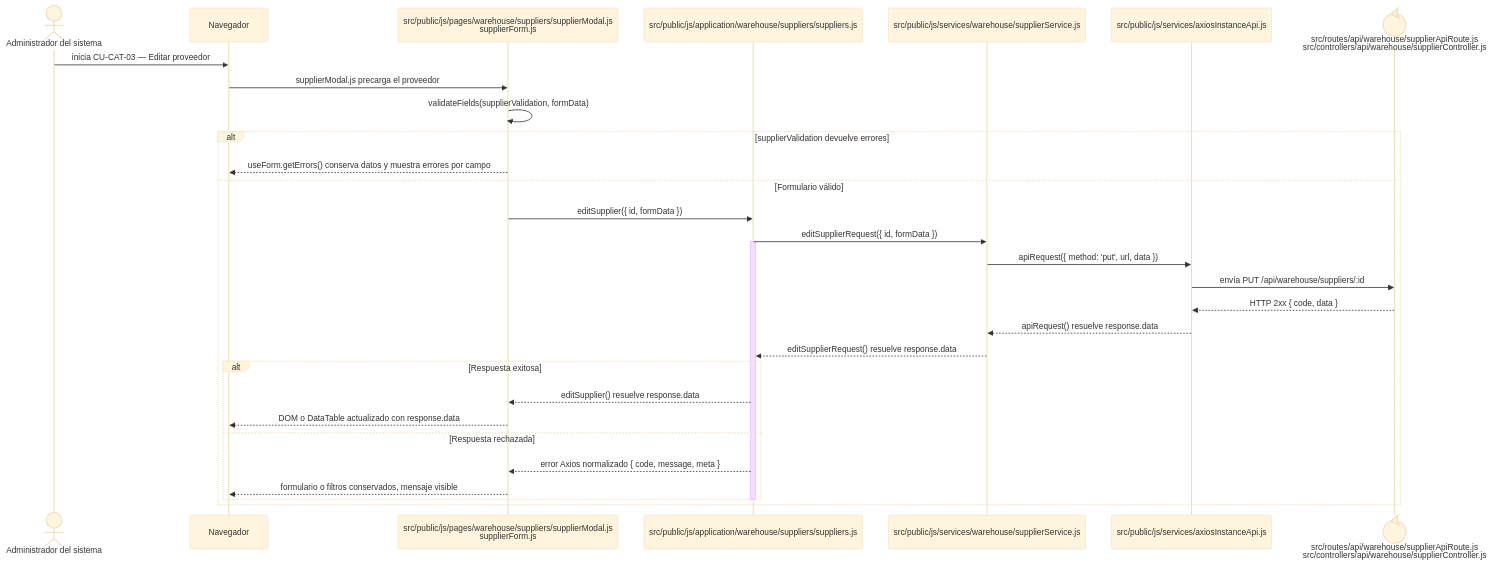
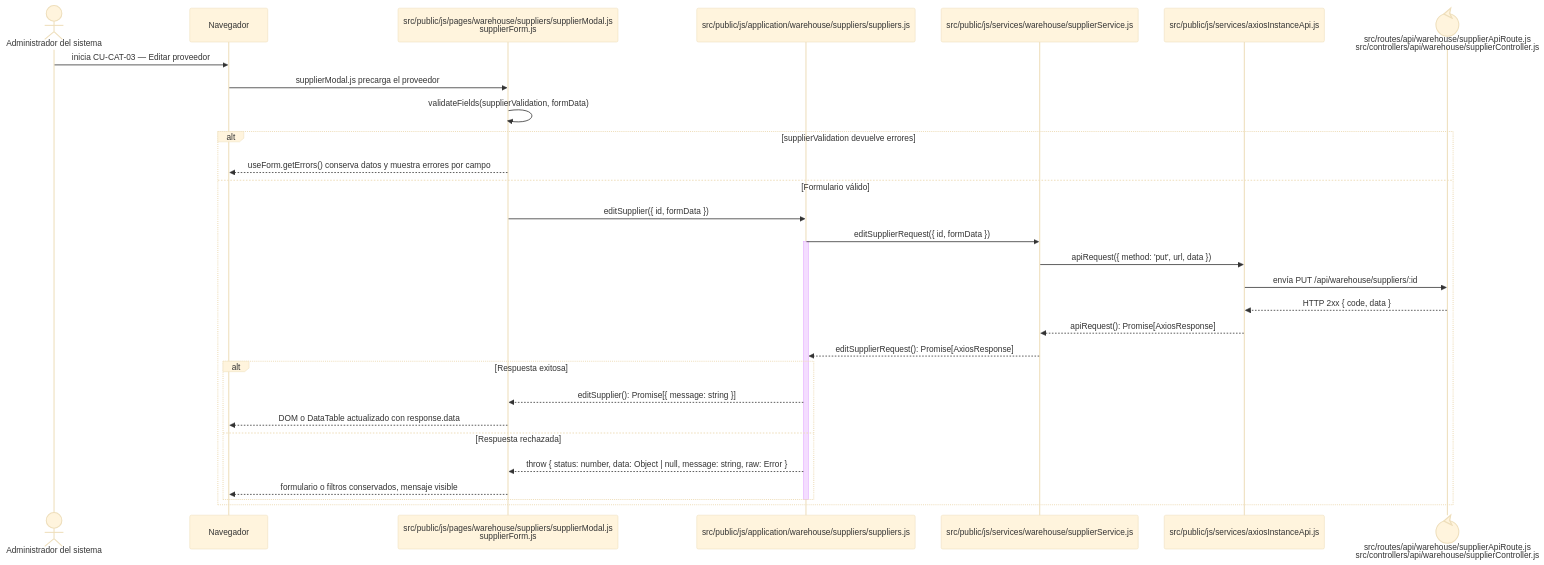
The diagram in docs/architecture/frontend-code-sequences/catalogs/cu-cat-03.md (gpgsistemas01/nexus), drawn with Mermaid (base theme) before and after one commit. The commit also changed 146 other files, not shown here.

````diff
--- a/docs/architecture/frontend-code-sequences/catalogs/cu-cat-03.md
+++ b/docs/architecture/frontend-code-sequences/catalogs/cu-cat-03.md
@@ -6,34 +6,34 @@
 ```mermaid
 sequenceDiagram
     actor Initiator as Administrador del sistema
     participant Browser as Navegador
     participant View as src/public/js/pages/warehouse/suppliers/supplierModal.js<br/>supplierForm.js
     participant Application as src/public/js/application/warehouse/suppliers/suppliers.js
     participant Request as src/public/js/services/warehouse/supplierService.js
     participant HTTP as src/public/js/services/axiosInstanceApi.js
     participant Transport@{ "type": "control" } as src/routes/api/warehouse/supplierApiRoute.js<br/>src/controllers/api/warehouse/supplierController.js
 
     Initiator->>Browser: inicia CU-CAT-03 — Editar proveedor
     Browser->>View: supplierModal.js precarga el proveedor
     View->>View: validateFields(supplierValidation, formData)
     alt supplierValidation devuelve errores
         View-->>Browser: useForm.getErrors() conserva datos y muestra errores por campo
     else Formulario válido
         View->>Application: editSupplier({ id, formData })
         Application->>Request: editSupplierRequest({ id, formData })
         activate Application
         Request->>HTTP: apiRequest({ method: 'put', url, data })
         HTTP->>Transport: envía PUT /api/warehouse/suppliers/:id
         Transport-->>HTTP: HTTP 2xx { code, data }
-        HTTP-->>Request: apiRequest() resuelve response.data
-        Request-->>Application: editSupplierRequest() resuelve response.data
+        HTTP-->>Request: apiRequest(): Promise[AxiosResponse]
+        Request-->>Application: editSupplierRequest(): Promise[AxiosResponse]
         alt Respuesta exitosa
-            Application-->>View: editSupplier() resuelve response.data
+            Application-->>View: editSupplier(): Promise[{ message: string }]
             View-->>Browser: DOM o DataTable actualizado con response.data
         else Respuesta rechazada
-            Application-->>View: error Axios normalizado { code, message, meta }
+            Application-->>View: throw { status: number, data: Object | null, message: string, raw: Error }
             View-->>Browser: formulario o filtros conservados, mensaje visible
         end
         deactivate Application
     end
 ```
````
